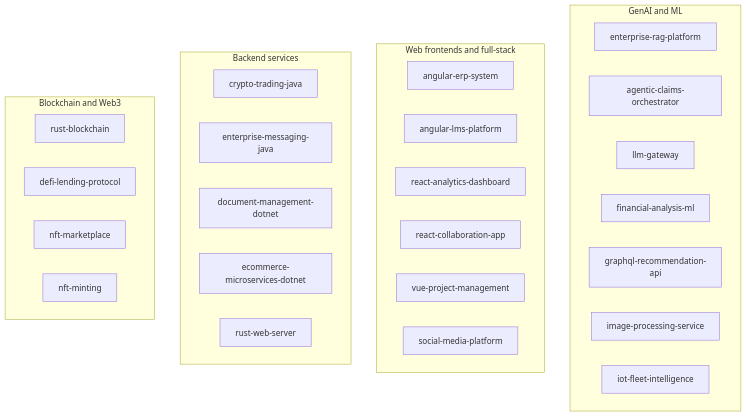
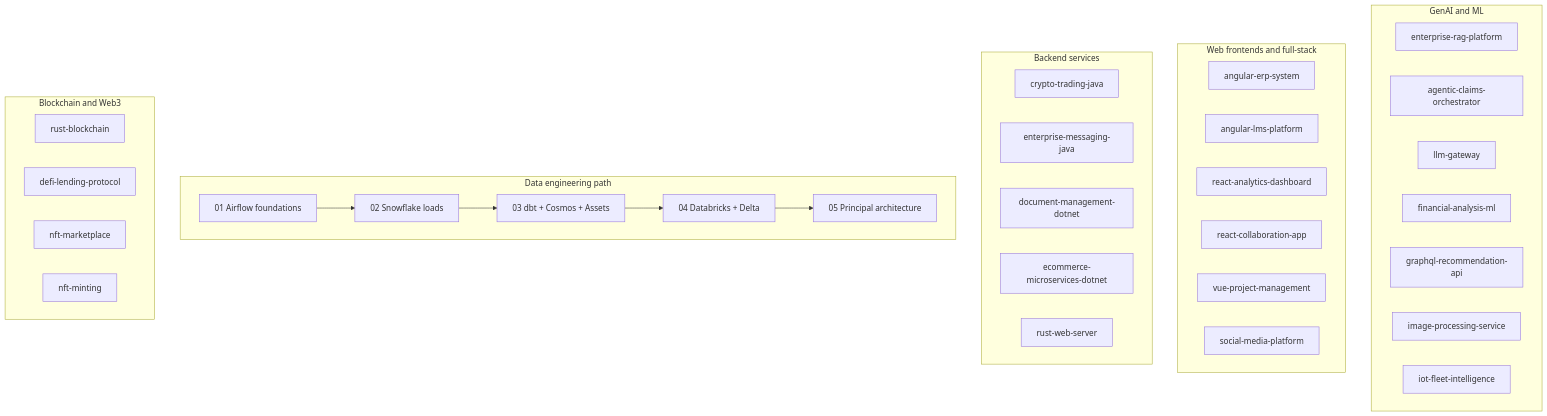
One commit to oscar-rolando-alvarez/portfolio changed the second of 2 diagrams in README.md. Above: the diagram before and after it, drawn with Mermaid. The commit also changed other lines of this file and 193 other files, not shown here.

First line of the commit message:
feat(data-engineering-path): add five-level Airflow 3, Snowflake and Databricks learning path

````diff
--- a/README.md
+++ b/README.md
@@ -35,33 +47,36 @@
 ```mermaid
 flowchart TB
     subgraph genai["GenAI and ML"]
         rag["enterprise-rag-platform"]
         agents["agentic-claims-orchestrator"]
         gw["llm-gateway"]
         fin["financial-analysis-ml"]
         rec["graphql-recommendation-api"]
         img["image-processing-service"]
         iot["iot-fleet-intelligence"]
     end
     subgraph web["Web frontends and full-stack"]
         erp["angular-erp-system"]
         lms["angular-lms-platform"]
         dash["react-analytics-dashboard"]
         collab["react-collaboration-app"]
         pm["vue-project-management"]
         social["social-media-platform"]
     end
     subgraph services["Backend services"]
         crypto["crypto-trading-java"]
         msg["enterprise-messaging-java"]
         docs["document-management-dotnet"]
         shop["ecommerce-microservices-dotnet"]
         rws["rust-web-server"]
     end
+    subgraph data["Data engineering path"]
+        l1["01 Airflow foundations"] --> l2["02 Snowflake loads"] --> l3["03 dbt + Cosmos + Assets"] --> l4["04 Databricks + Delta"] --> l5["05 Principal architecture"]
+    end
     subgraph chain["Blockchain and Web3"]
         rbc["rust-blockchain"]
         defi["defi-lending-protocol"]
         nftm["nft-marketplace"]
         mint["nft-minting"]
     end
 ```
````
